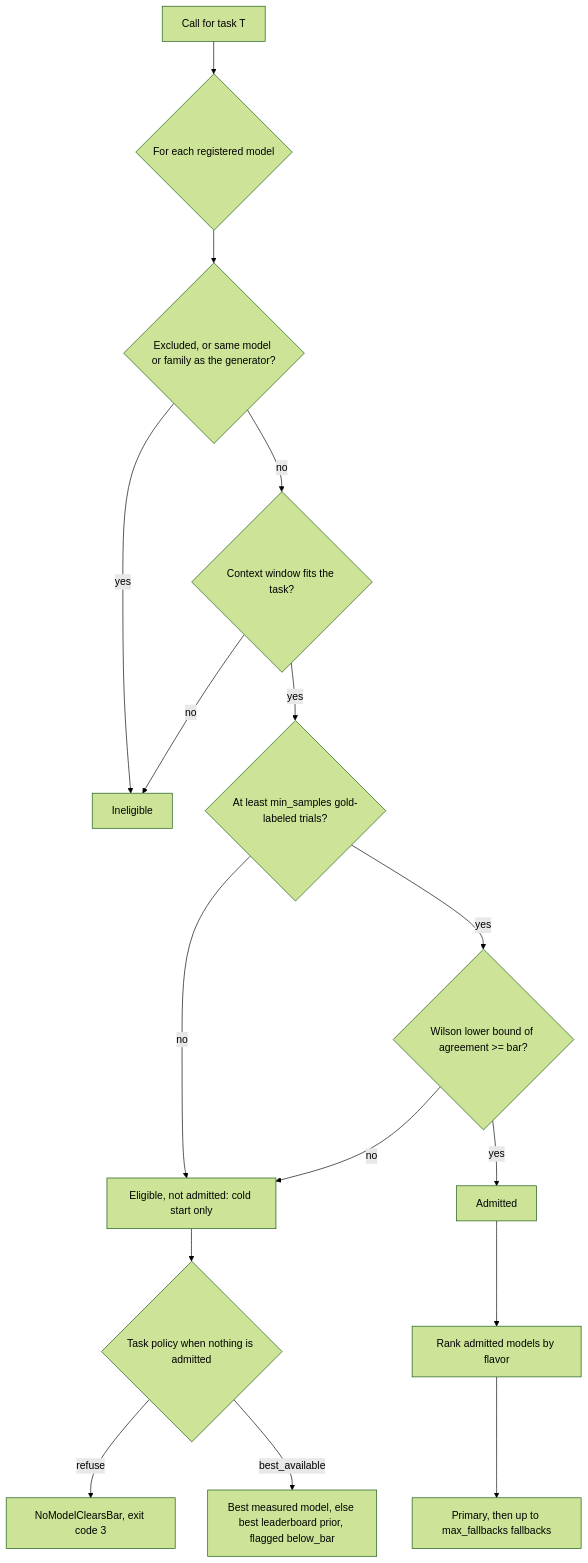
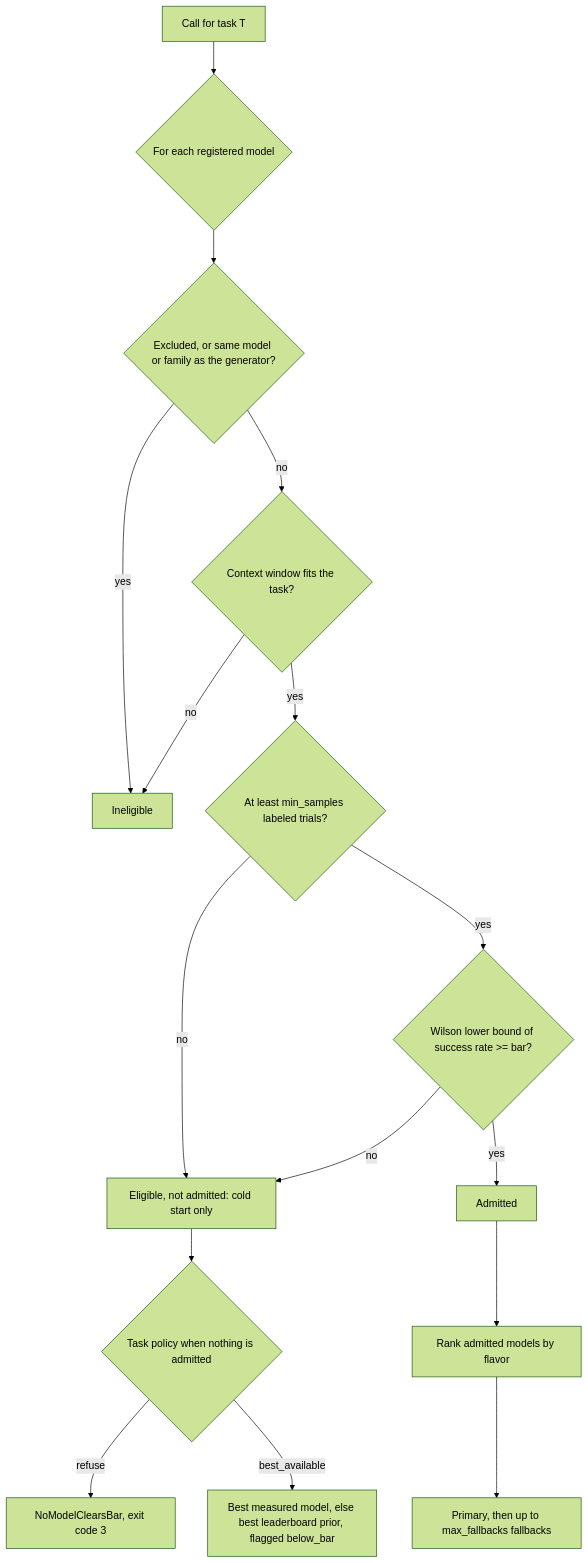
One commit to jeffma8888/ai-model-routing changed the diagram in README.md. Above: the diagram before and after it, drawn with Mermaid (forest theme). The commit also changed other lines of this file and 4 other files, not shown here.

Commit message:
fix: domain-neutral wording in the flowchart, docstring and CLI help; pin min_samples reachability and the no-generator no-op (267 tests pass)

````diff
--- a/README.md
+++ b/README.md
@@ -37,18 +37,18 @@
 ```mermaid
 flowchart TD
     A[Call for task T] --> B{For each registered model}
     B --> C{Excluded, or same model or family as the generator?}
     C -- yes --> X[Ineligible]
     C -- no --> D{Context window fits the task?}
     D -- no --> X
-    D -- yes --> E{At least min_samples gold-labeled trials?}
+    D -- yes --> E{At least min_samples labeled trials?}
     E -- no --> P[Eligible, not admitted: cold start only]
-    E -- yes --> F{"Wilson lower bound of agreement >= bar?"}
+    E -- yes --> F{"Wilson lower bound of success rate >= bar?"}
     F -- no --> P
     F -- yes --> G[Admitted]
     G --> H[Rank admitted models by flavor]
     H --> I["Primary, then up to max_fallbacks fallbacks"]
     P --> J{Task policy when nothing is admitted}
     J -- refuse --> K[NoModelClearsBar, exit code 3]
     J -- best_available --> L[Best measured model, else best leaderboard prior, flagged below_bar]
 ```
````
